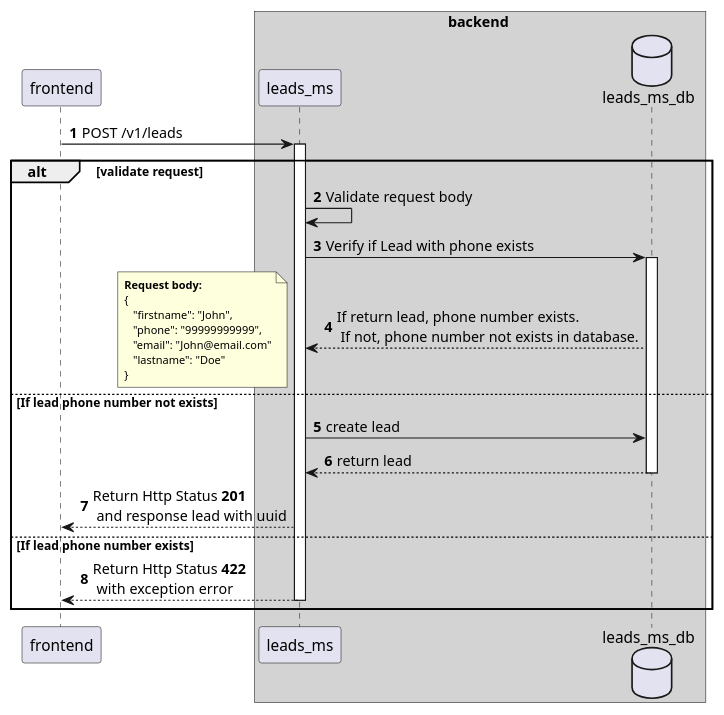
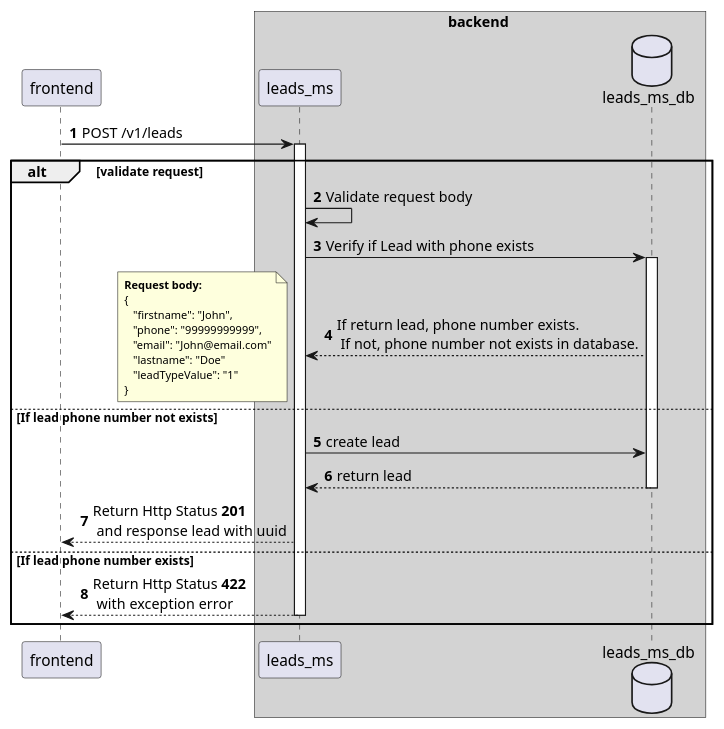
The diagram in doc/apis-flow/POST_v1_leads.puml (ebersonra/lead-ms), drawn with PlantUML before and after one commit. The commit also changed 9 other files, not shown here.

```diff
--- a/doc/apis-flow/POST_v1_leads.puml
+++ b/doc/apis-flow/POST_v1_leads.puml
@@ -1,45 +1,46 @@
 @startuml
 'https://plantuml.com/sequence-diagram
 
 autonumber
 
 participant frontend
 
 box backend #LightGray
 frontend -> leads_ms: POST /v1/leads
 
 activate leads_ms
 database leads_ms_db
 
 alt validate request
 leads_ms -> leads_ms: Validate request body
 
 leads_ms -> leads_ms_db: Verify if Lead with phone exists
 activate leads_ms_db
 leads_ms_db --> leads_ms: If return lead, phone number exists.\n If not, phone number not exists in database.
 
     note left
         <size:10>**Request body:**</size>
         <size:10>{</size>
         <size:10>   "firstname": "John",</size>
         <size:10>   "phone": "99999999999",</size>
         <size:10>   "email": "John@email.com"</size>
         <size:10>   "lastname": "Doe"</size>
+        <size:10>   "leadTypeValue": "1"</size>
         <size:10>}</size>
     end note
 else If lead phone number not exists
 
 leads_ms -> leads_ms_db: create lead
 
 leads_ms_db --> leads_ms: return lead
 deactivate leads_ms_db
 leads_ms --> frontend: Return Http Status **201**\n and response lead with uuid
 
 else If lead phone number exists
 leads_ms --> frontend: Return Http Status **422**\n with exception error
 
 deactivate leads_ms
 end box
 end
 
 @enduml
```
